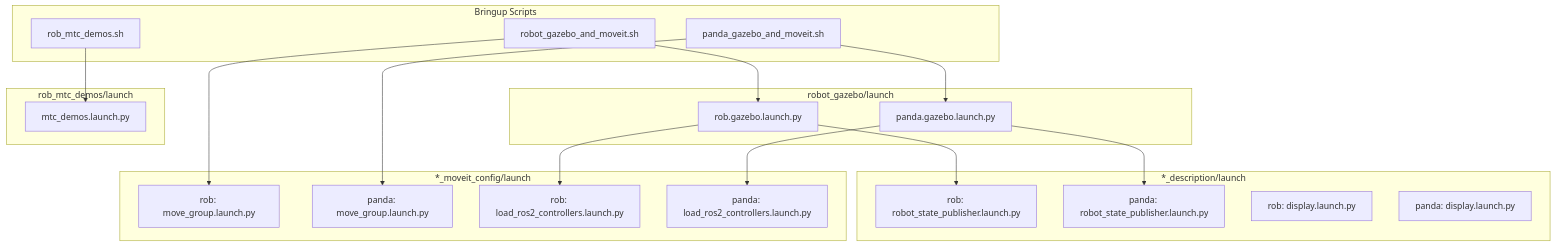
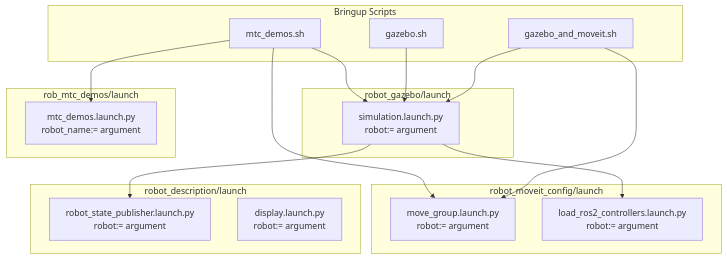
One commit to AlexDevCol/MECH490-Capstone changed the first of 2 diagrams in docs/architecture/launch-flow.md. Above: the diagram before and after it, drawn with Mermaid. The commit also changed other lines of this file and 203 other files, not shown here.

````diff
--- a/docs/architecture/launch-flow.md
+++ b/docs/architecture/launch-flow.md
@@ -7,42 +7,36 @@
 ```mermaid
 flowchart TB
     subgraph scripts [Bringup Scripts]
-        robScript[robot_gazebo_and_moveit.sh]
-        pandaScript[panda_gazebo_and_moveit.sh]
-        robMtcScript[rob_mtc_demos.sh]
+        gazeboScript[gazebo_and_moveit.sh]
+        gazeboOnly[gazebo.sh]
+        mtcScript[mtc_demos.sh]
     end
     
     subgraph gazebo_pkg [robot_gazebo/launch]
-        robGazebo[rob.gazebo.launch.py]
-        pandaGazebo[panda.gazebo.launch.py]
+        simLaunch[simulation.launch.py<br/>robot:= argument]
     end
     
-    subgraph desc_pkg [*_description/launch]
-        robRSP[rob: robot_state_publisher.launch.py]
-        pandaRSP[panda: robot_state_publisher.launch.py]
-        robDisplay[rob: display.launch.py]
-        pandaDisplay[panda: display.launch.py]
+    subgraph desc_pkg [robot_description/launch]
+        rspLaunch[robot_state_publisher.launch.py<br/>robot:= argument]
+        displayLaunch[display.launch.py<br/>robot:= argument]
     end
     
-    subgraph moveit_pkg [*_moveit_config/launch]
-        robMoveGroup[rob: move_group.launch.py]
-        pandaMoveGroup[panda: move_group.launch.py]
-        robControllers[rob: load_ros2_controllers.launch.py]
-        pandaControllers[panda: load_ros2_controllers.launch.py]
+    subgraph moveit_pkg [robot_moveit_config/launch]
+        moveGroupLaunch[move_group.launch.py<br/>robot:= argument]
+        controllersLaunch[load_ros2_controllers.launch.py<br/>robot:= argument]
     end
     
     subgraph mtc_pkg [rob_mtc_demos/launch]
-        mtcDemo[mtc_demos.launch.py]
+        mtcDemo[mtc_demos.launch.py<br/>robot_name:= argument]
     end
     
-    robScript --> robGazebo
-    robScript --> robMoveGroup
-    pandaScript --> pandaGazebo
-    pandaScript --> pandaMoveGroup
-    robMtcScript --> mtcDemo
+    gazeboScript --> simLaunch
+    gazeboScript --> moveGroupLaunch
+    gazeboOnly --> simLaunch
+    mtcScript --> simLaunch
+    mtcScript --> moveGroupLaunch
+    mtcScript --> mtcDemo
     
-    robGazebo --> robRSP
-    robGazebo --> robControllers
-    pandaGazebo --> pandaRSP
-    pandaGazebo --> pandaControllers
+    simLaunch --> rspLaunch
+    simLaunch --> controllersLaunch
 ```
````
